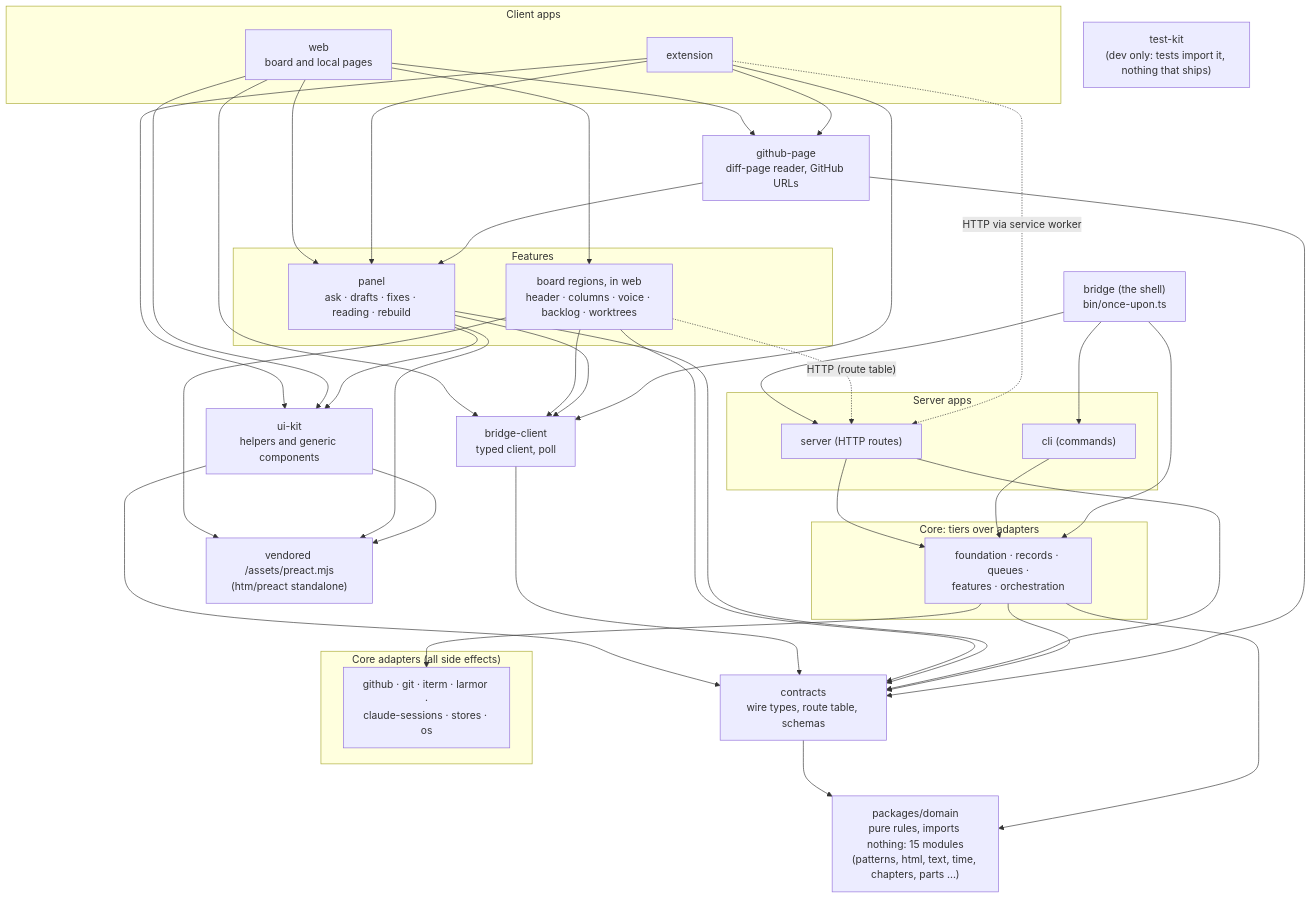
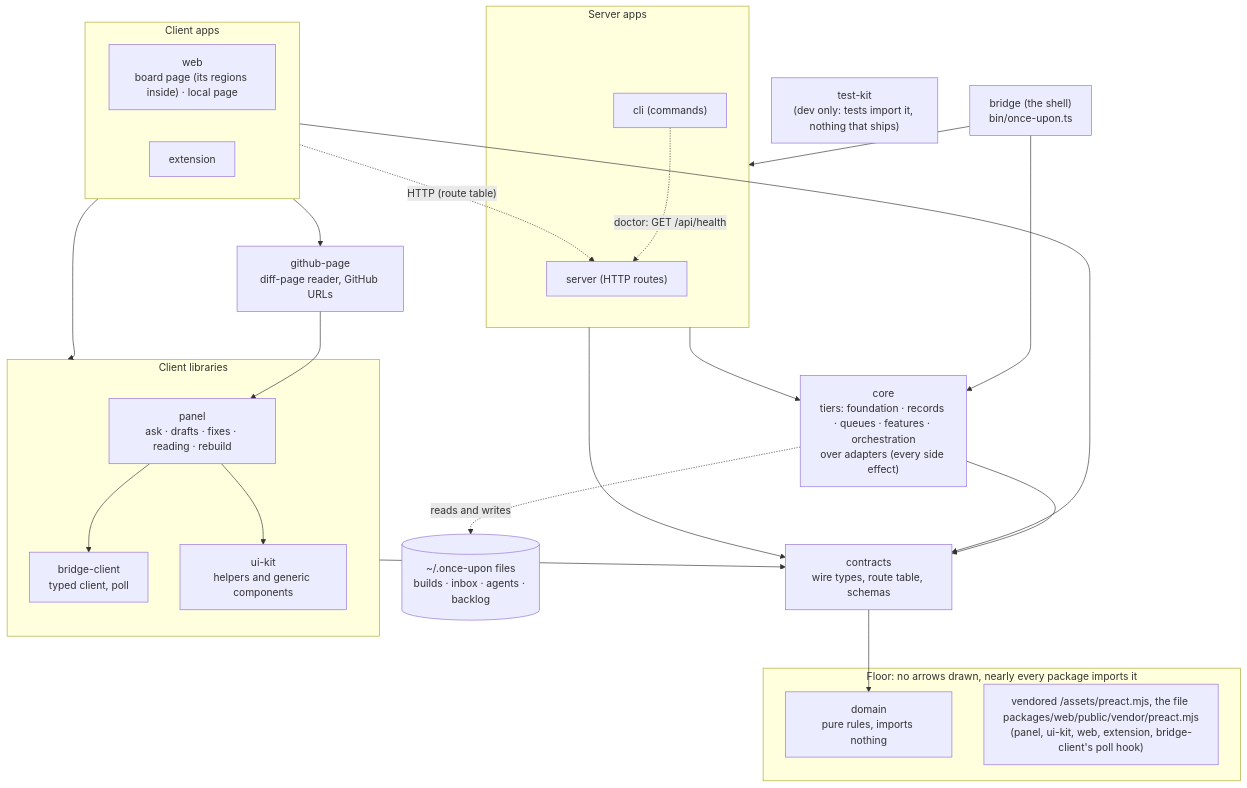
One commit to shank-eric/once-upon-a-diff changed the diagram in docs/adr/adr-15-layered-packages-and-protocol.md. Above: the diagram before and after it, drawn with Mermaid. The commit also changed other lines of this file and 1 other file, not shown here.

````diff
--- a/docs/adr/adr-15-layered-packages-and-protocol.md
+++ b/docs/adr/adr-15-layered-packages-and-protocol.md
@@ -26,64 +26,44 @@
 ```mermaid
 flowchart TB
   subgraph clientApps["Client apps"]
-    web["web<br/>board and local pages"]
+    web["web<br/>board page (its regions inside) · local page"]
     ext["extension"]
   end
-  subgraph features["Features"]
-    boardview["board regions, in web<br/>header · columns · voice · backlog · worktrees"]
+  gp["github-page<br/>diff-page reader, GitHub URLs"]
+  subgraph libs["Client libraries"]
     panel["panel<br/>ask · drafts · fixes · reading · rebuild"]
+    bc["bridge-client<br/>typed client, poll"]
+    ui["ui-kit<br/>helpers and generic components"]
   end
-  host["github-page<br/>diff-page reader, GitHub URLs"]
-  ui["ui-kit<br/>helpers and generic components"]
-  api["bridge-client<br/>typed client, poll"]
-  protocol["contracts<br/>wire types, route table, schemas"]
-  domain["packages/domain<br/>pure rules, imports nothing: 15 modules<br/>(patterns, html, text, time, chapters, parts ...)"]
-  vendor["vendored /assets/preact.mjs<br/>(htm/preact standalone)"]
-  testkit["test-kit<br/>(dev only: tests import it, nothing that ships)"]
+  contracts["contracts<br/>wire types, route table, schemas"]
+  subgraph floor["Floor: no arrows drawn, nearly every package imports it"]
+    domain["domain<br/>pure rules, imports nothing"]
+    vendor["vendored /assets/preact.mjs, the file packages/web/public/vendor/preact.mjs<br/>(panel, ui-kit, web, extension, bridge-client's poll hook)"]
+  end
   shell["bridge (the shell)<br/>bin/once-upon.ts"]
   subgraph serverApps["Server apps"]
     http["server (HTTP routes)"]
     cli["cli (commands)"]
   end
-  subgraph services["Core: tiers over adapters"]
-    svc["foundation · records · queues ·<br/>features · orchestration"]
-  end
-  subgraph adapters["Core adapters (all side effects)"]
-    ad["github · git · iterm · larmor ·<br/>claude-sessions · stores · os"]
-  end
+  core["core<br/>tiers: foundation · records · queues · features · orchestration<br/>over adapters (every side effect)"]
+  files[("~/.once-upon files<br/>builds · inbox · agents · backlog")]
+  testkit["test-kit<br/>(dev only: tests import it, nothing that ships)"]
 
-  web --> boardview
-  web --> api
-  web --> panel
-  web --> host
-  ext --> panel
-  ext --> host
-  boardview --> api
-  panel --> api
-  ext --> api
-  ext --> ui
-  web --> ui
+  clientApps --> libs
+  clientApps --> gp
+  clientApps --> contracts
+  gp --> panel
+  panel --> bc
   panel --> ui
-  ui --> protocol
-  api --> protocol
-  boardview --> protocol
-  panel --> protocol
-  protocol --> domain
-  http --> protocol
-  http --> svc
-  cli --> svc
-  svc --> domain
-  svc --> protocol
-  shell --> http
-  shell --> cli
-  shell --> svc
-  svc --> ad
-  boardview --> vendor
-  panel --> vendor
-  ui --> vendor
-  host --> panel
-  host --> protocol
-  boardview -. "HTTP (route table)" .-> http
-  ext -. "HTTP via service worker" .-> http
+  libs --> contracts
+  contracts --> domain
+  shell --> serverApps
+  shell --> core
+  serverApps --> core
+  serverApps --> contracts
+  core --> contracts
+  clientApps -. "HTTP (route table)" .-> http
+  cli -. "doctor: GET /api/health" .-> http
+  core -. "reads and writes" .-> files
 
 ```
````
